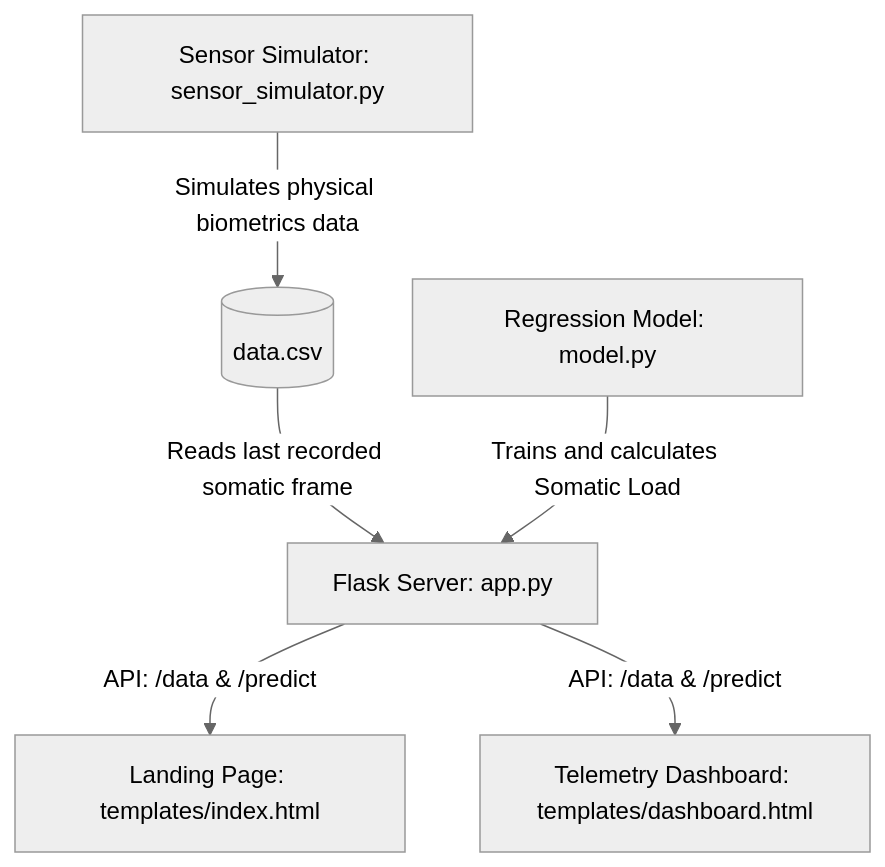
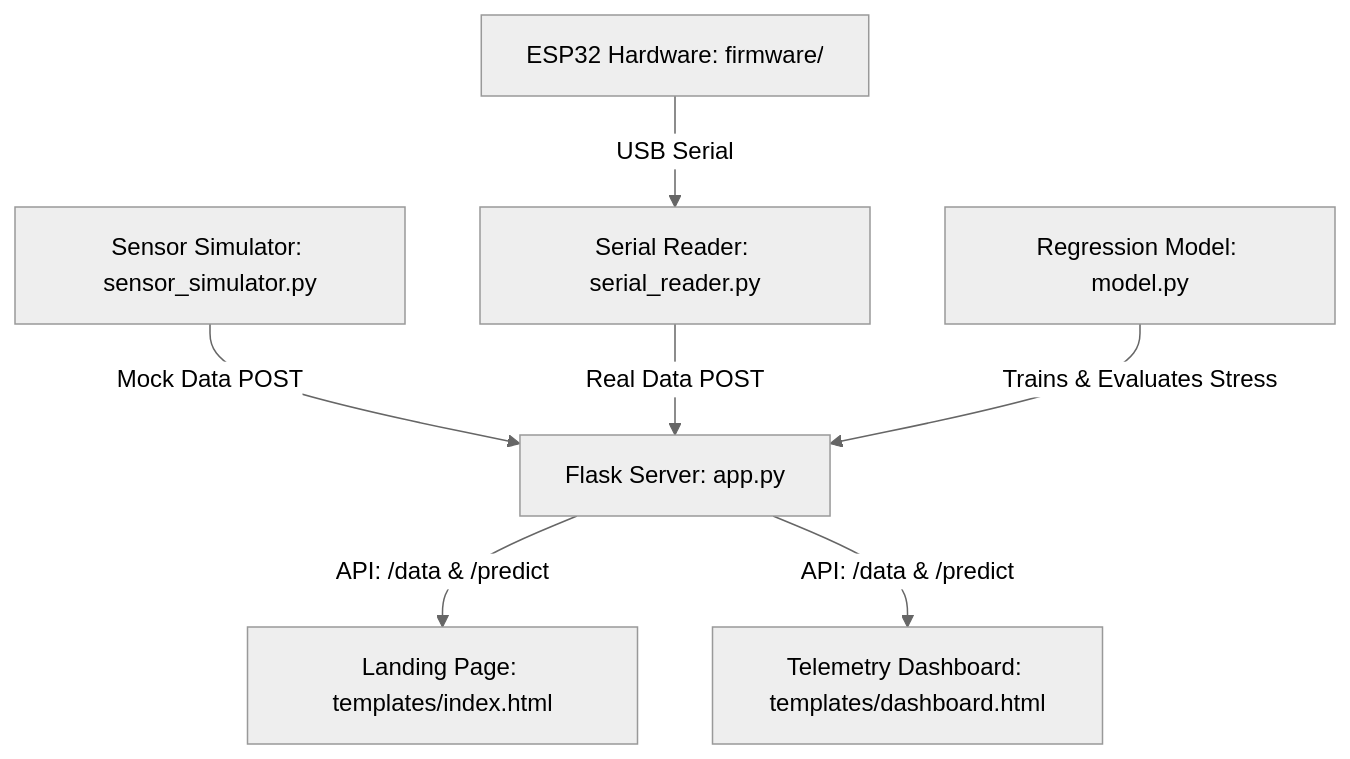
One commit to mohitgurav20/nirvana_idp changed the diagram in README.md. Above: the diagram before and after it, drawn with Mermaid (neutral theme). The commit also changed other lines of this file and 9 other files, not shown here.

Commit message:
chore: clean project structure, fix ESP32 serial to real timestamps

````diff
--- a/README.md
+++ b/README.md
@@ -26,8 +26,9 @@
 ```mermaid
 graph TD
-    SS[Sensor Simulator: sensor_simulator.py] -->|Simulates physical biometrics data| CSV[(data.csv)]
-    CSV -->|Reads last recorded somatic frame| APP[Flask Server: app.py]
-    MODEL[Regression Model: model.py] -->|Trains and calculates Somatic Load| APP
+    ESP[ESP32 Hardware: firmware/] -->|USB Serial| SR[Serial Reader: serial_reader.py]
+    SS[Sensor Simulator: sensor_simulator.py] -->|Mock Data POST| APP[Flask Server: app.py]
+    SR -->|Real Data POST| APP
+    MODEL[Regression Model: model.py] -->|Trains & Evaluates Stress| APP
     APP -->|API: /data & /predict| UI_L[Landing Page: templates/index.html]
     APP -->|API: /data & /predict| UI_D[Telemetry Dashboard: templates/dashboard.html]
 ```
````
